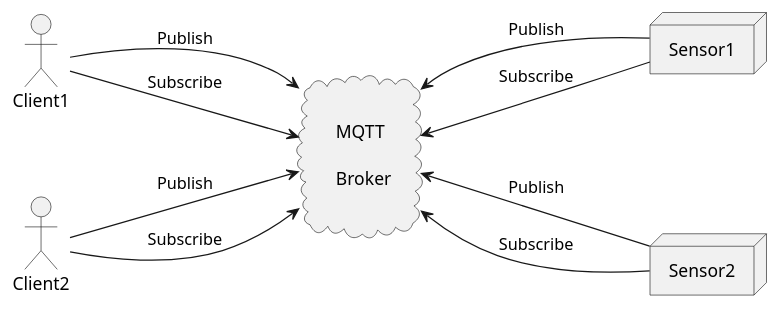
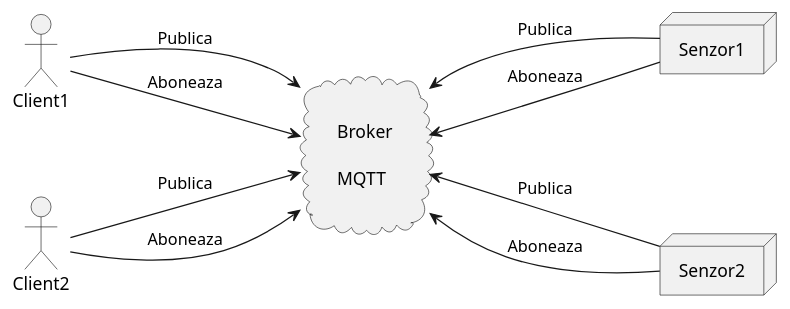
One commit to Coposescu/IoTDocumentation changed the first of 10 diagrams in templateLaTeX-Rom-2024/templateLaTeX-Rom/figs/diagrams.md. Above: the diagram before and after it, drawn with PlantUML. The commit also changed other lines of this file and 2 other files, not shown here.

Commit message:
Translated figures in Romanian language where it was possible

````diff
--- a/templateLaTeX-Rom-2024/templateLaTeX-Rom/figs/diagrams.md
+++ b/templateLaTeX-Rom-2024/templateLaTeX-Rom/figs/diagrams.md
@@ -3,32 +3,32 @@
 ```plantuml
 @startuml MQTT
 left to right direction
 actor Client1
 actor Client2
 
 Cloud Broker [
 
-    MQTT    
+    Broker    
 
-    Broker  
+    MQTT  
 
 ]
 node Senzor1 [
-    Sensor1
+    Senzor1
 ]
 node Senzor2 [
-    Sensor2
+    Senzor2
 ]
 
-Client1 ---> Broker: Publish
-Client1 ---> Broker: Subscribe
-Client2 ---> Broker: Publish
-Client2 ---> Broker: Subscribe
+Client1 ---> Broker: Publica
+Client1 ---> Broker: Aboneaza
+Client2 ---> Broker: Publica
+Client2 ---> Broker: Aboneaza
 
-Broker <--- Senzor1: Publish
-Broker <--- Senzor1: Subscribe
-Broker <--- Senzor2: Publish
-Broker <--- Senzor2: Subscribe
+Broker <--- Senzor1: Publica
+Broker <--- Senzor1: Aboneaza
+Broker <--- Senzor2: Publica
+Broker <--- Senzor2: Aboneaza
 
 @enduml
 ```
````
